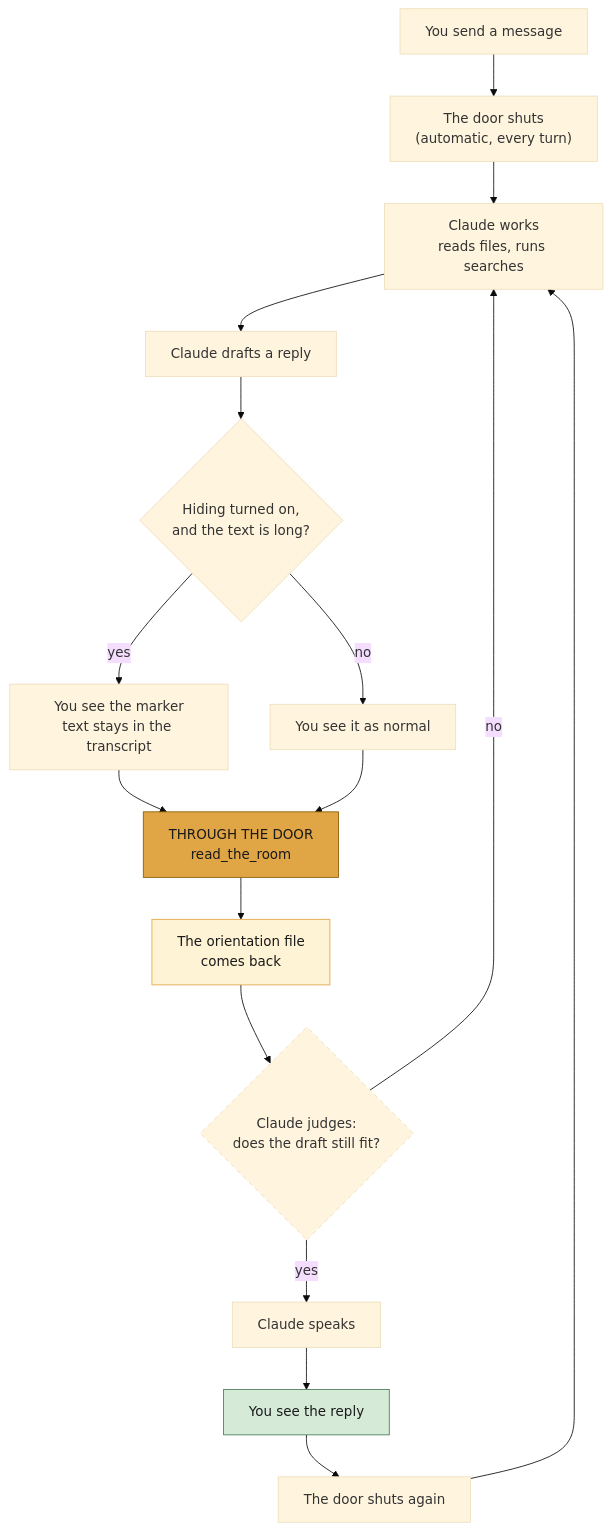
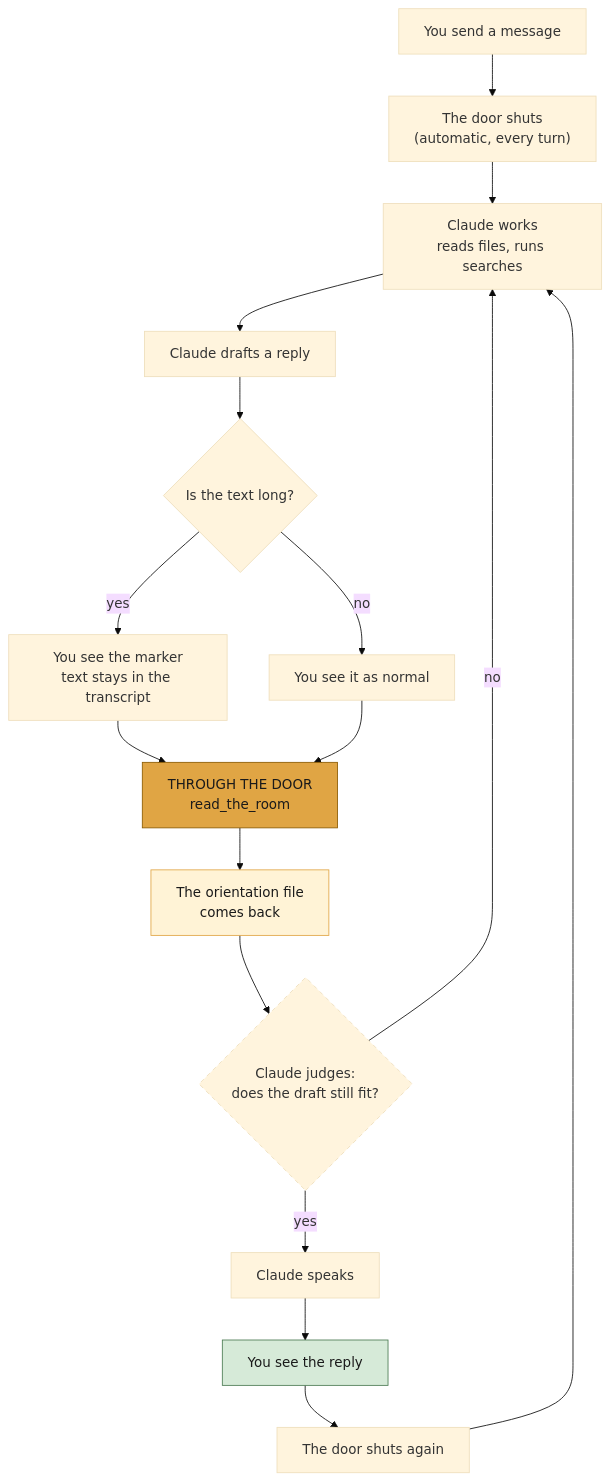
The first of 3 diagrams in how-it-works.md (hackerbara/read-the-room), drawn with Mermaid (base theme) before and after one commit. The commit also changed other lines of this file and 2 other files, not shown here.

````diff
--- a/how-it-works.md
+++ b/how-it-works.md
@@ -29,23 +29,23 @@
 ```mermaid
 flowchart TD
     A["You send a message"] --> B["The door shuts<br/>(automatic, every turn)"]
     B --> C["Claude works<br/>reads files, runs searches"]
     C --> D["Claude drafts a reply"]
-    D --> E{"Hiding turned on,<br/>and the text is long?"}
+    D --> E{"Is the text long?"}
     E -->|"yes"| F["You see the marker<br/>text stays in the transcript"]
     E -->|"no"| G["You see it as normal"]
     F --> H["THROUGH THE DOOR<br/>read_the_room"]
     G --> H
     H --> I["The orientation file<br/>comes back"]
     I --> J{"Claude judges:<br/>does the draft still fit?"}
     J -->|"no"| C
     J -->|"yes"| K["Claude speaks"]
     K --> L["You see the reply"]
     L --> M["The door shuts again"]
     M --> C
 
     style H fill:#e0a544,stroke:#8a5a00,color:#1a1a1a
     style I fill:#fff3d6,stroke:#e0a544,color:#1a1a1a
     style J stroke-dasharray: 5 5
     style L fill:#d6ead8,stroke:#4a7a52,color:#1a1a1a
 ```
````
